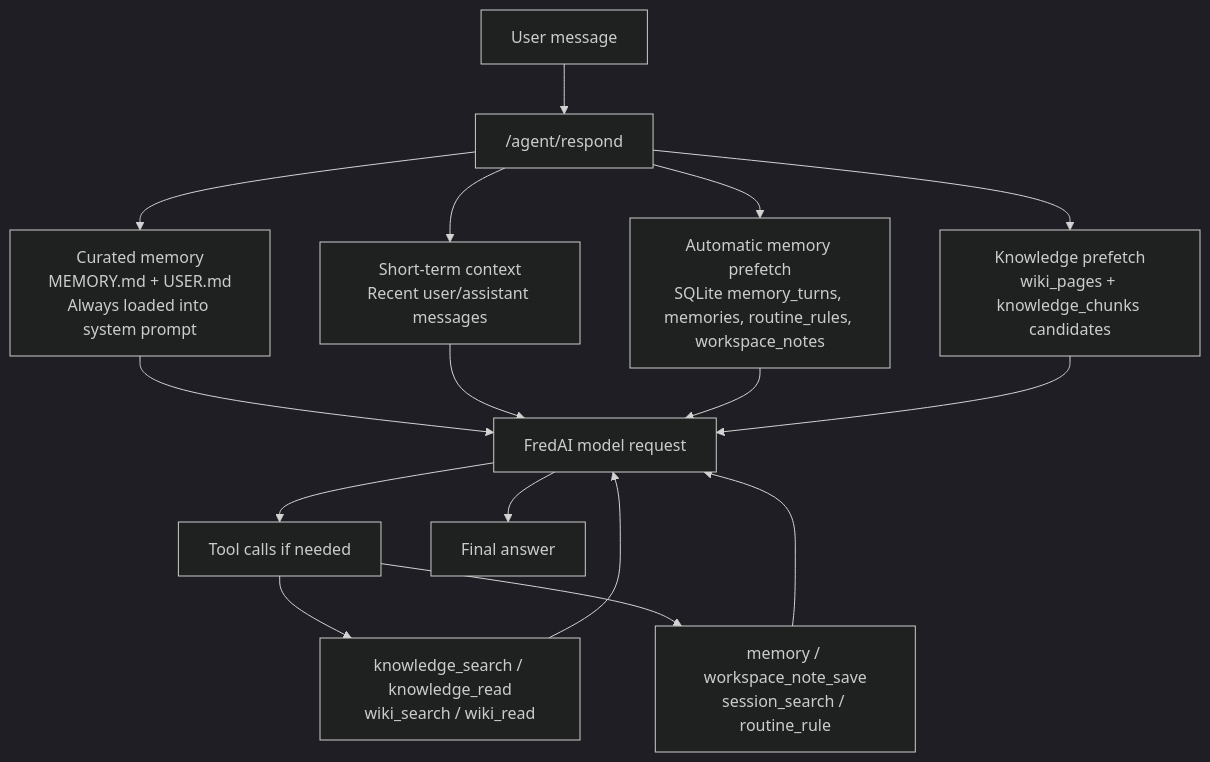
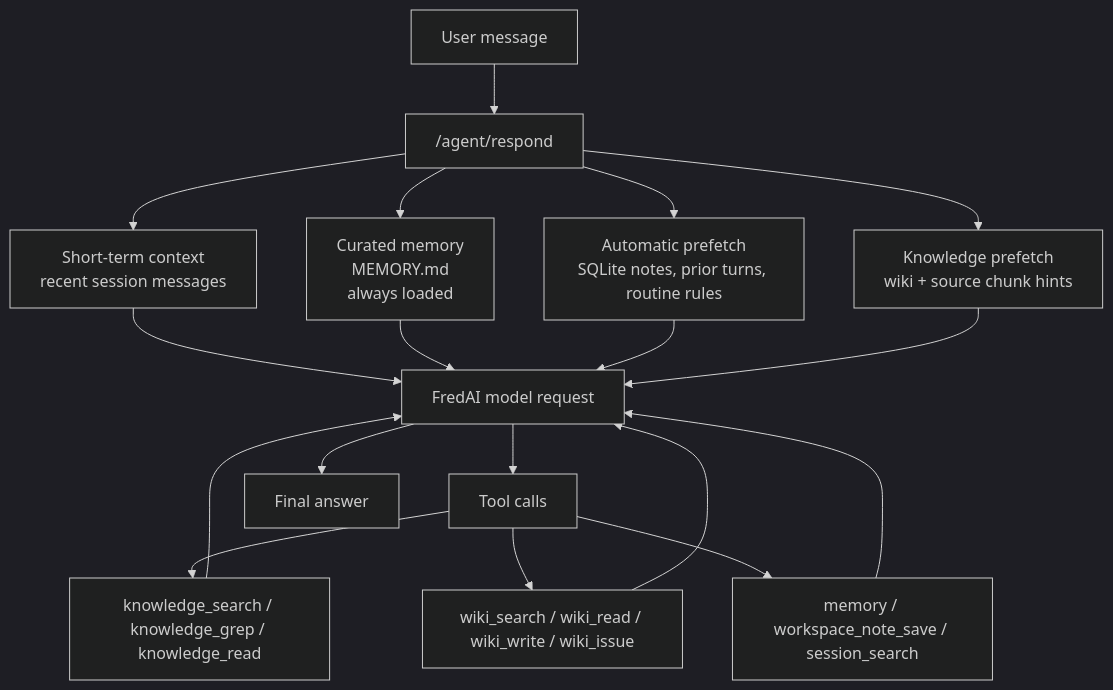
Before and after one commit to JeremyWork141022/workspace-fredai-agent: the diagram in docs/CURATED_MEMORY_GUIDE.md, drawn with Mermaid (dark theme). The commit also changed other lines of this file and 20 other files, not shown here.

````diff
--- a/docs/CURATED_MEMORY_GUIDE.md
+++ b/docs/CURATED_MEMORY_GUIDE.md
@@ -24,18 +19,20 @@
 ```mermaid
 flowchart TD
     U["User message"] --> API["/agent/respond"]
-    API --> SHORT["Short-term context<br/>Recent user/assistant messages"]
-    API --> CURATED["Curated memory<br/>MEMORY.md + USER.md<br/>Always loaded into system prompt"]
-    API --> PREFETCH["Automatic memory prefetch<br/>SQLite memory_turns, memories, routine_rules, workspace_notes"]
-    API --> KNOW["Knowledge prefetch<br/>wiki_pages + knowledge_chunks candidates"]
-    CURATED --> MODEL["FredAI model request"]
-    SHORT --> MODEL
+    API --> SHORT["Short-term context<br/>recent session messages"]
+    API --> CURATED["Curated memory<br/>MEMORY.md<br/>always loaded"]
+    API --> PREFETCH["Automatic prefetch<br/>SQLite notes, prior turns, routine rules"]
+    API --> KNOW["Knowledge prefetch<br/>wiki + source chunk hints"]
+    SHORT --> MODEL["FredAI model request"]
+    CURATED --> MODEL
     PREFETCH --> MODEL
     KNOW --> MODEL
-    MODEL --> TOOLS["Tool calls if needed"]
-    TOOLS --> KBTOOLS["knowledge_search / knowledge_read<br/>wiki_search / wiki_read"]
-    TOOLS --> MEMTOOLS["memory / workspace_note_save<br/>session_search / routine_rule"]
-    KBTOOLS --> MODEL
-    MEMTOOLS --> MODEL
+    MODEL --> TOOLS["Tool calls"]
+    TOOLS --> KB["knowledge_search / knowledge_grep / knowledge_read"]
+    TOOLS --> WIKI["wiki_search / wiki_read / wiki_write / wiki_issue"]
+    TOOLS --> MEM["memory / workspace_note_save / session_search"]
+    KB --> MODEL
+    WIKI --> MODEL
+    MEM --> MODEL
     MODEL --> ANSWER["Final answer"]
 ```
````
